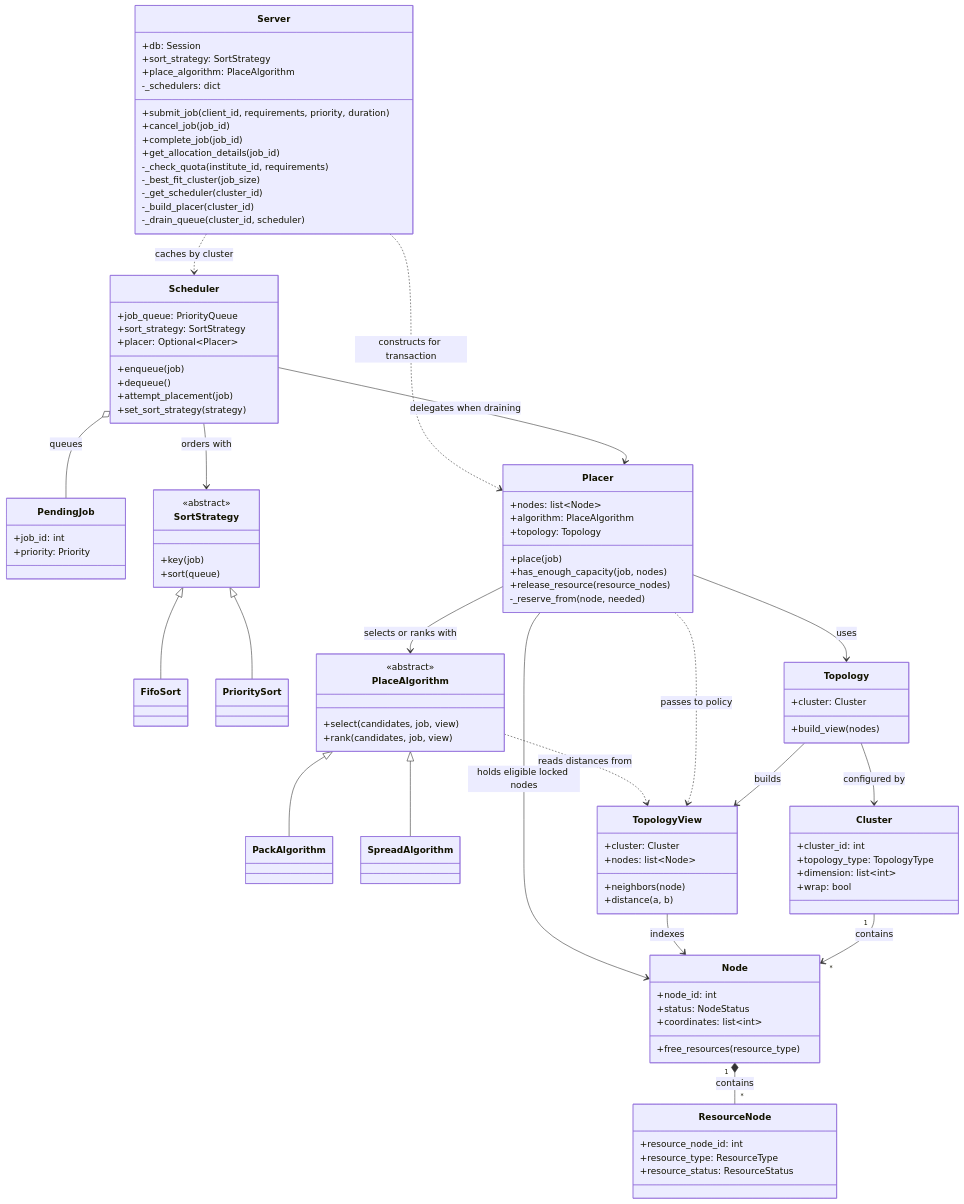
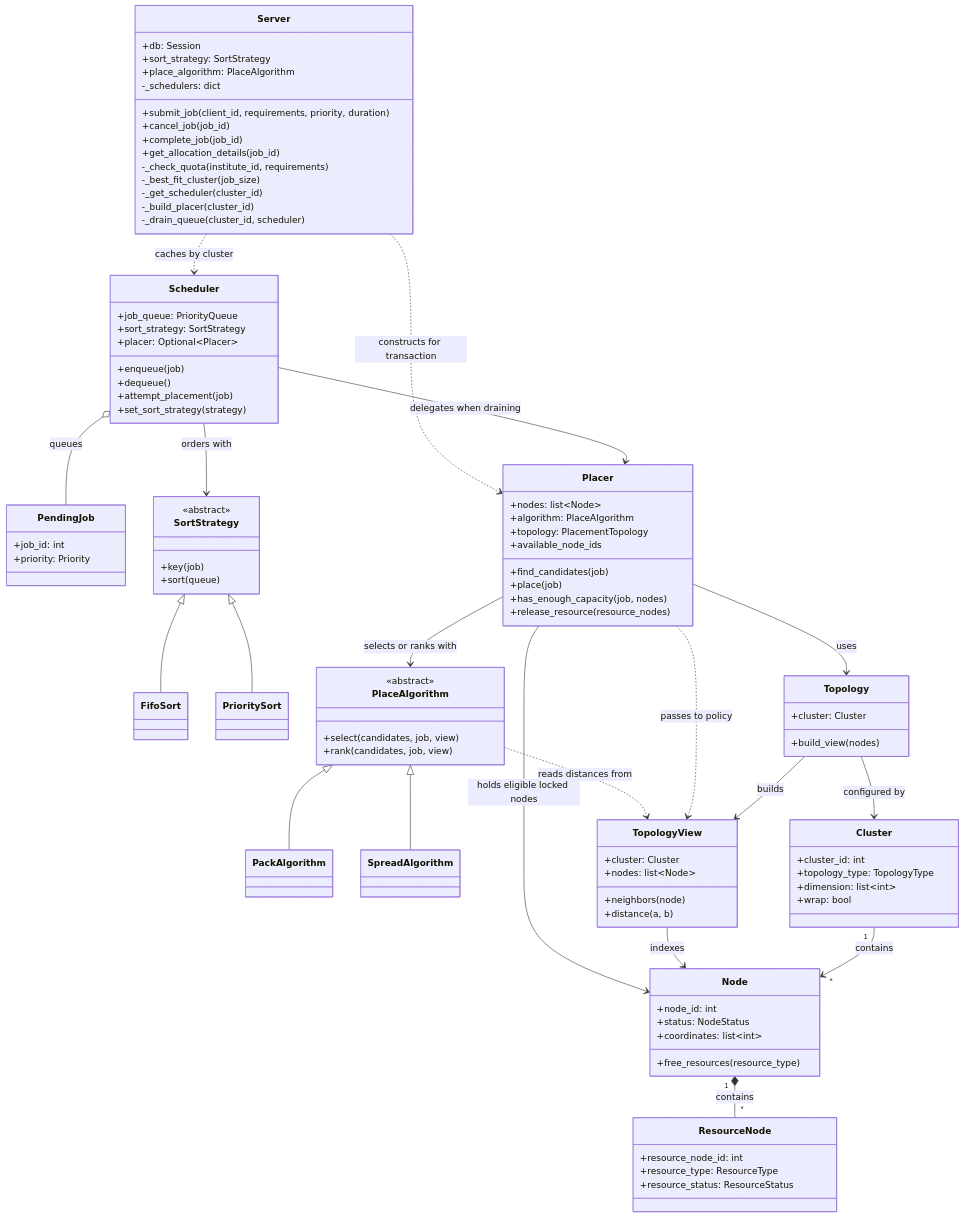
The third of 4 diagrams in docs/architecture.md (labo-man002/job-scheduler), drawn with Mermaid before and after one commit. The commit also changed other lines of this file, not shown here.

Commit message:
docs(architecture): describe unified topology-aware placement

```diff
--- a/docs/architecture.md
+++ b/docs/architecture.md
@@ -154,11 +159,12 @@
     class Placer {
         +nodes: list~Node~
         +algorithm: PlaceAlgorithm
-        +topology: Topology
+        +topology: PlacementTopology
+        +available_node_ids
+        +find_candidates(job)
         +place(job)
         +has_enough_capacity(job, nodes)
         +release_resource(resource_nodes)
-        -_reserve_from(node, needed)
     }
     class PlaceAlgorithm {
         <<abstract>>
```
